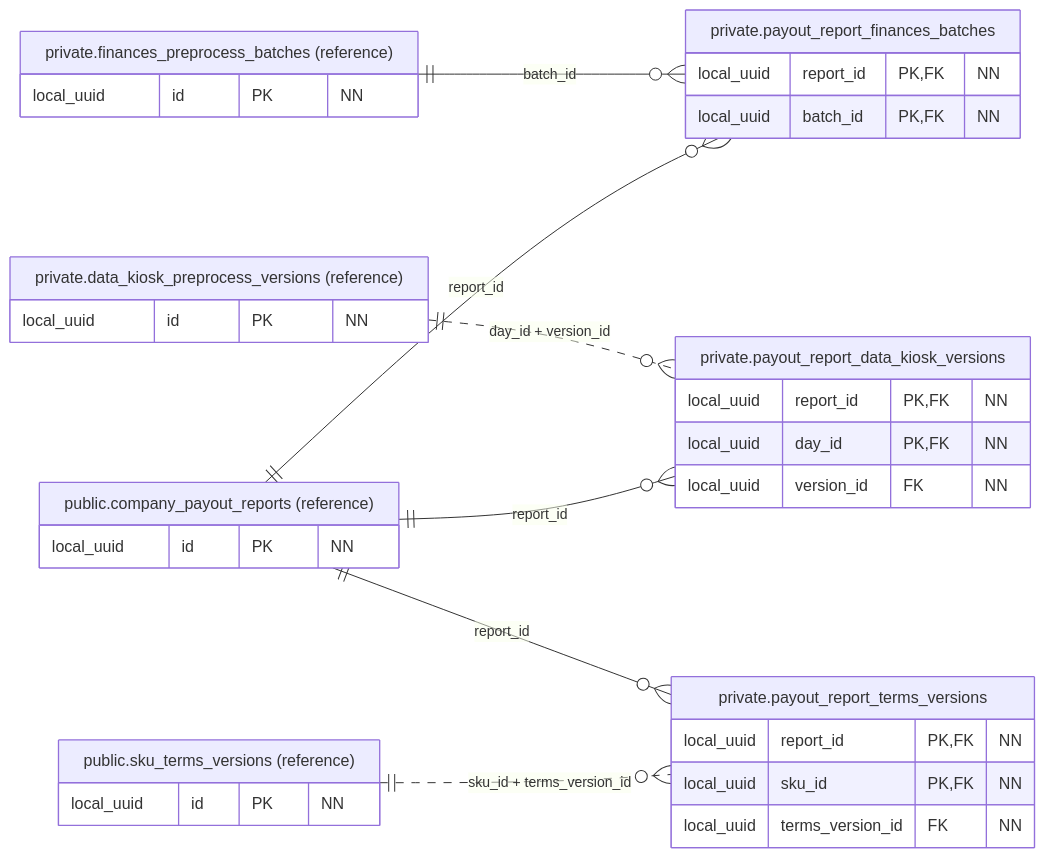
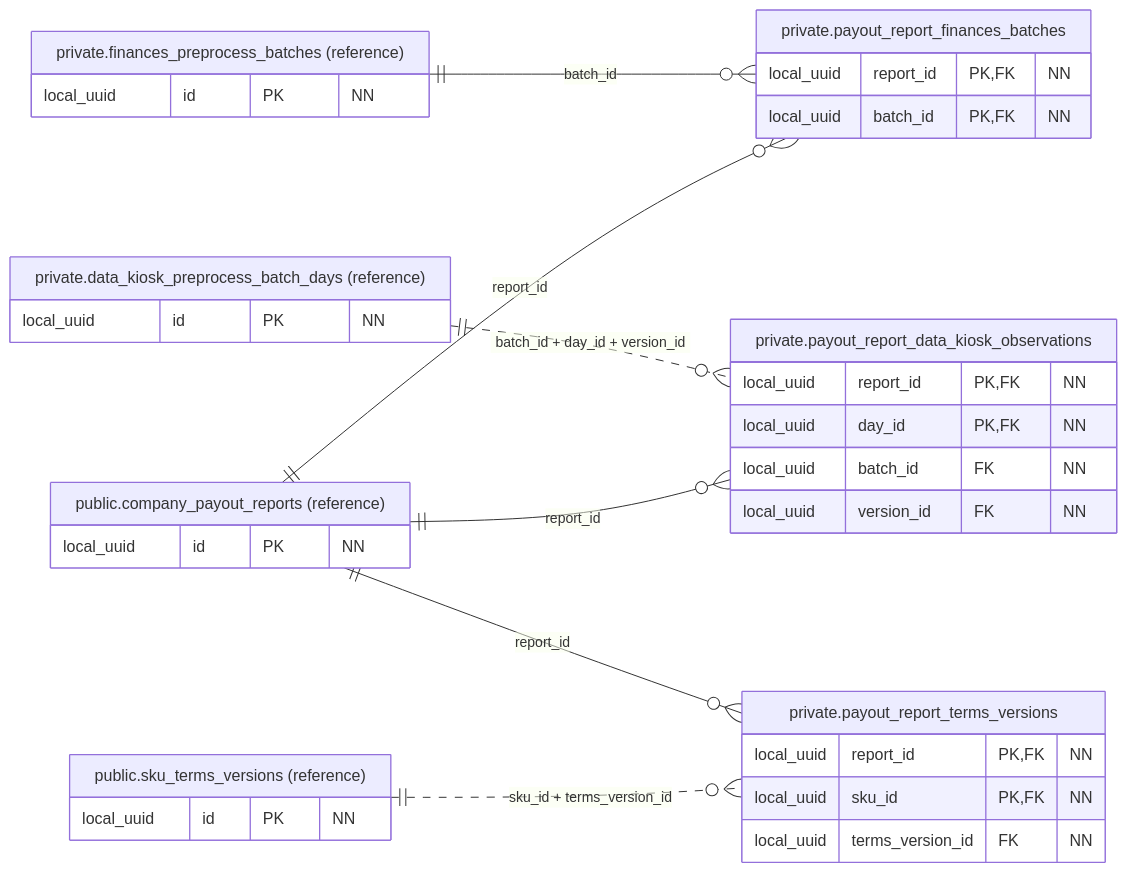
The diagram in docs/figures/database/07-payout-manifests.mmd (qwercxzsda/A-SelBox), drawn with Mermaid before and after one commit. The commit also changed 127 other files, not shown here.

First line of the commit message:
refactor: rebuild Data Kiosk around reusable immutable day versions

```diff
--- a/docs/figures/database/07-payout-manifests.mmd
+++ b/docs/figures/database/07-payout-manifests.mmd
@@ -1,41 +1,42 @@
 erDiagram
     direction LR
     private_finances_preprocess_batches ||--o{ private_payout_report_finances_batches : "batch_id"
     public_company_payout_reports ||--o{ private_payout_report_finances_batches : "report_id"
-    private_data_kiosk_preprocess_versions ||..o{ private_payout_report_data_kiosk_versions : "day_id + version_id"
-    public_company_payout_reports ||--o{ private_payout_report_data_kiosk_versions : "report_id"
+    private_data_kiosk_preprocess_batch_days ||..o{ private_payout_report_data_kiosk_observations : "batch_id + day_id + version_id"
+    public_company_payout_reports ||--o{ private_payout_report_data_kiosk_observations : "report_id"
     public_company_payout_reports ||--o{ private_payout_report_terms_versions : "report_id"
     public_sku_terms_versions ||..o{ private_payout_report_terms_versions : "sku_id + terms_version_id"
 
     private_payout_report_finances_batches["private.payout_report_finances_batches"] {
         local_uuid report_id PK, FK "NN"
         local_uuid batch_id PK, FK "NN"
     }
 
-    private_payout_report_data_kiosk_versions["private.payout_report_data_kiosk_versions"] {
+    private_payout_report_data_kiosk_observations["private.payout_report_data_kiosk_observations"] {
         local_uuid report_id PK, FK "NN"
         local_uuid day_id PK, FK "NN"
+        local_uuid batch_id FK "NN"
         local_uuid version_id FK "NN"
     }
 
     private_payout_report_terms_versions["private.payout_report_terms_versions"] {
         local_uuid report_id PK, FK "NN"
         local_uuid sku_id PK, FK "NN"
         local_uuid terms_version_id FK "NN"
     }
 
-    private_data_kiosk_preprocess_versions["private.data_kiosk_preprocess_versions (reference)"] {
+    private_data_kiosk_preprocess_batch_days["private.data_kiosk_preprocess_batch_days (reference)"] {
         local_uuid id PK "NN"
     }
 
     private_finances_preprocess_batches["private.finances_preprocess_batches (reference)"] {
         local_uuid id PK "NN"
     }
 
     public_company_payout_reports["public.company_payout_reports (reference)"] {
         local_uuid id PK "NN"
     }
 
     public_sku_terms_versions["public.sku_terms_versions (reference)"] {
         local_uuid id PK "NN"
     }
```
